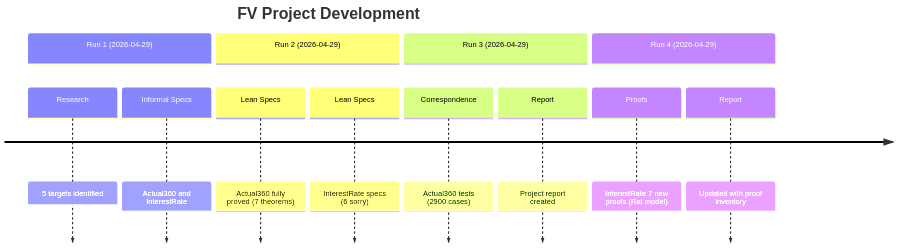
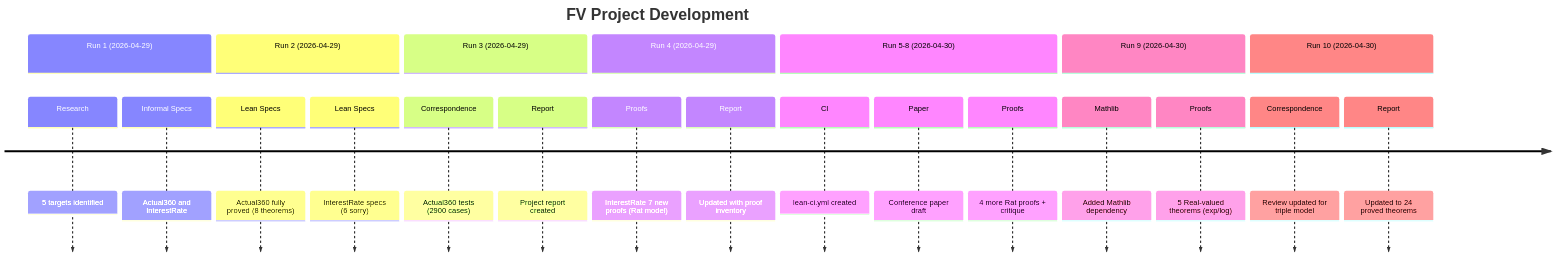
The sixth of 6 diagrams in formal-verification/REPORT.md (dsyme/QuantLib), drawn with Mermaid before and after one commit. The commit also changed other lines of this file and 1 other file, not shown here.

First line of the commit message:
docs(fv): update correspondence review and project report for triple model (#14)

````diff
--- a/formal-verification/REPORT.md
+++ b/formal-verification/REPORT.md
@@ -162,16 +180,26 @@
 ```mermaid
 timeline
     title FV Project Development
     section Run 1 (2026-04-29)
         Research : 5 targets identified
         Informal Specs : Actual360 and InterestRate
     section Run 2 (2026-04-29)
-        Lean Specs : Actual360 fully proved (7 theorems)
+        Lean Specs : Actual360 fully proved (8 theorems)
         Lean Specs : InterestRate specs (6 sorry)
     section Run 3 (2026-04-29)
         Correspondence : Actual360 tests (2900 cases)
         Report : Project report created
     section Run 4 (2026-04-29)
         Proofs : InterestRate 7 new proofs (Rat model)
         Report : Updated with proof inventory
+    section Run 5-8 (2026-04-30)
+        CI : lean-ci.yml created
+        Paper : Conference paper draft
+        Proofs : 4 more Rat proofs + critique
+    section Run 9 (2026-04-30)
+        Mathlib : Added Mathlib dependency
+        Proofs : 5 Real-valued theorems (exp/log)
+    section Run 10 (2026-04-30)
+        Correspondence : Review updated for triple model
+        Report : Updated to 24 proved theorems
 ```
````
